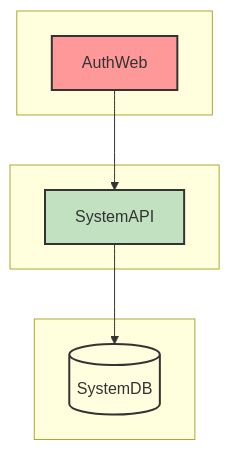
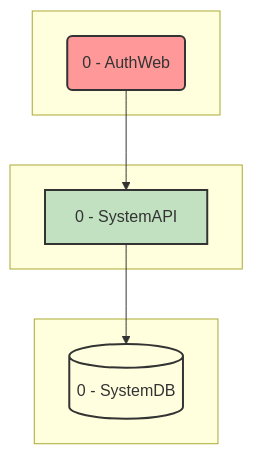
The first of 2 diagrams in profile/1-analysis/5_0-astrobookings-authentication-domain.md (AstroBookings/.github), drawn with Mermaid before and after one commit. The commit also changed 1 other file, not shown here.

````diff
--- a/profile/1-analysis/5_0-astrobookings-authentication-domain.md
+++ b/profile/1-analysis/5_0-astrobookings-authentication-domain.md
@@ -66,28 +66,28 @@
 ```mermaid
 graph TD
     subgraph Web Applications[" "]
-        AuthWeb[AuthWeb]
+        AuthWeb(0 - AuthWeb)
     end
 
     subgraph API Services[" "]
-        SystemAPI[SystemAPI]
+        SystemAPI[0 - SystemAPI]
     end
 
     subgraph Databases[" "]
-        SystemDB[(SystemDB)]
+        SystemDB[(0 - SystemDB)]
     end
 
     %% Web to API connections
     AuthWeb --> SystemAPI
 
     %% API to Database connection
     SystemAPI --> SystemDB
 
     %% Style
     classDef web fill:#FF9999,stroke:#333,stroke-width:2px;
     classDef api fill:#C1E1C1,stroke:#333,stroke-width:2px;
     classDef db fill:#FFFFE0,stroke:#333,stroke-width:2px;
     class AuthWeb web;
     class SystemAPI api;
     class SystemDB db;
 ```
````
